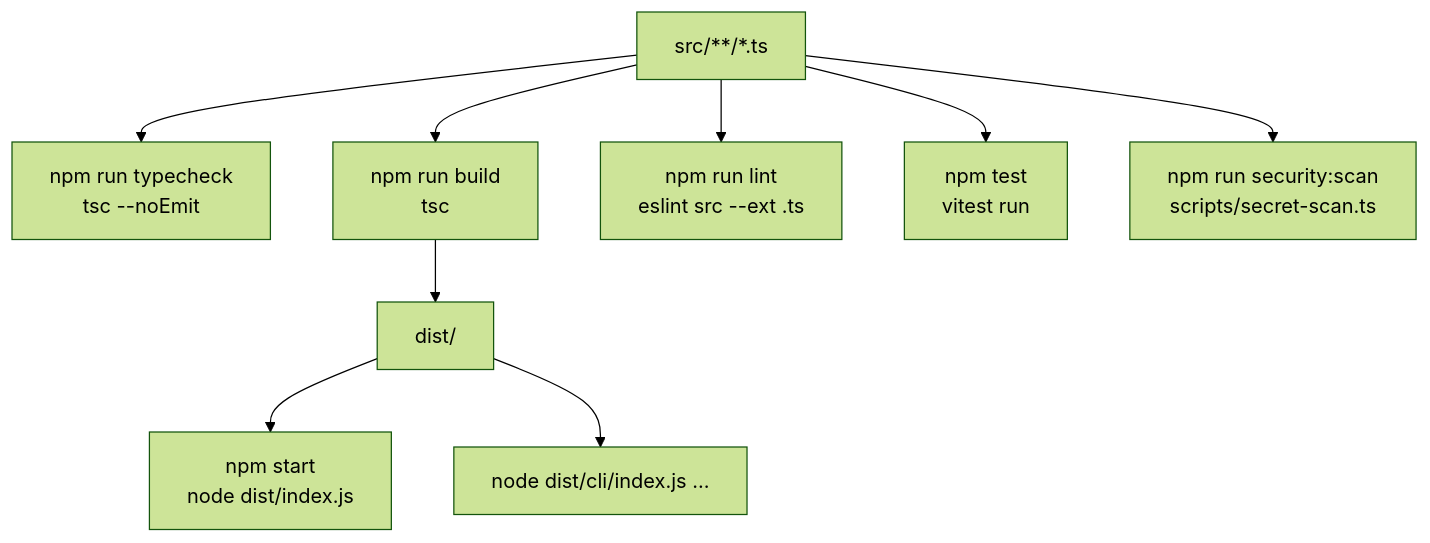
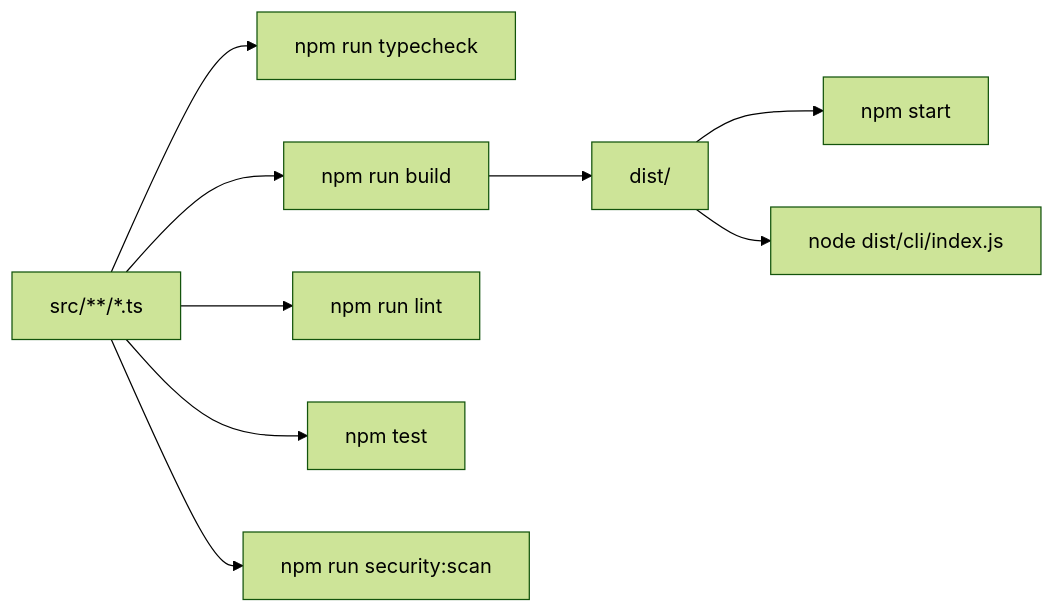
The fourth of 4 diagrams in 프로젝트 전체 구조도.md (pandol69kim-bot/gitautopipe), drawn with Mermaid (forest theme) before and after one commit. The commit also changed other lines of this file and 11 other files, not shown here.

First line of the commit message:
docs: Add initial project documentation including API design, ERD, flow charts, WBS, and meeting notes

````diff
--- a/프로젝트 전체 구조도.md
+++ b/프로젝트 전체 구조도.md
@@ -128,12 +148,12 @@
 ```mermaid
-flowchart TB
-  Source["src/**/*.ts"] --> Typecheck["npm run typecheck<br/>tsc --noEmit"]
-  Source --> Build["npm run build<br/>tsc"]
-  Source --> Lint["npm run lint<br/>eslint src --ext .ts"]
-  Source --> Test["npm test<br/>vitest run"]
-  Source --> SecurityScan["npm run security:scan<br/>scripts/secret-scan.ts"]
+flowchart LR
+  Source["src/**/*.ts"] --> Typecheck["npm run typecheck"]
+  Source --> Build["npm run build"]
+  Source --> Lint["npm run lint"]
+  Source --> Test["npm test"]
+  Source --> SecretScan["npm run security:scan"]
 
   Build --> Dist["dist/"]
-  Dist --> Start["npm start<br/>node dist/index.js"]
-  Dist --> CliRun["node dist/cli/index.js ..."]
+  Dist --> Start["npm start"]
+  Dist --> CLIExec["node dist/cli/index.js"]
 ```
````
